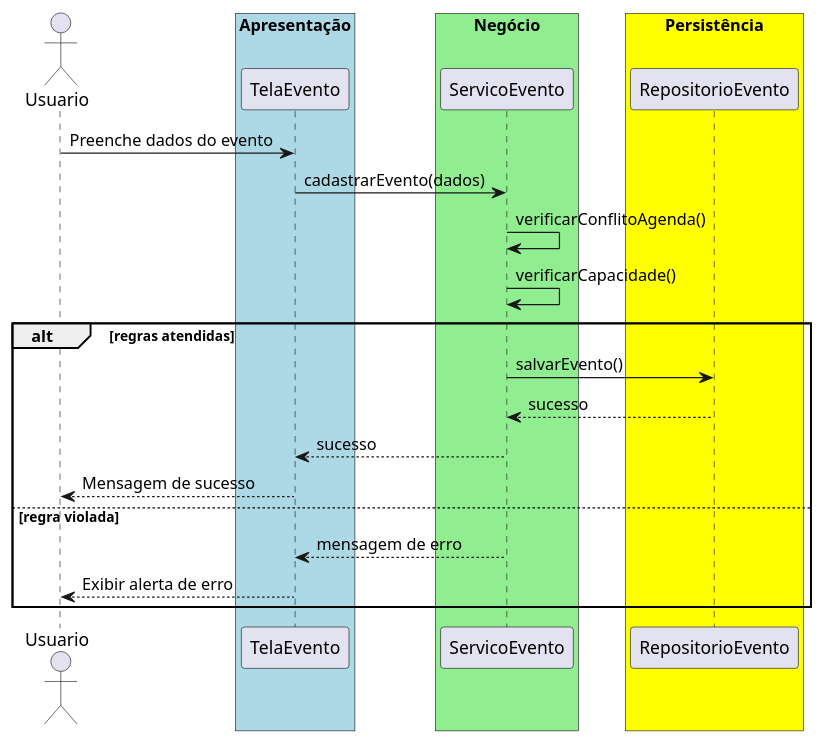
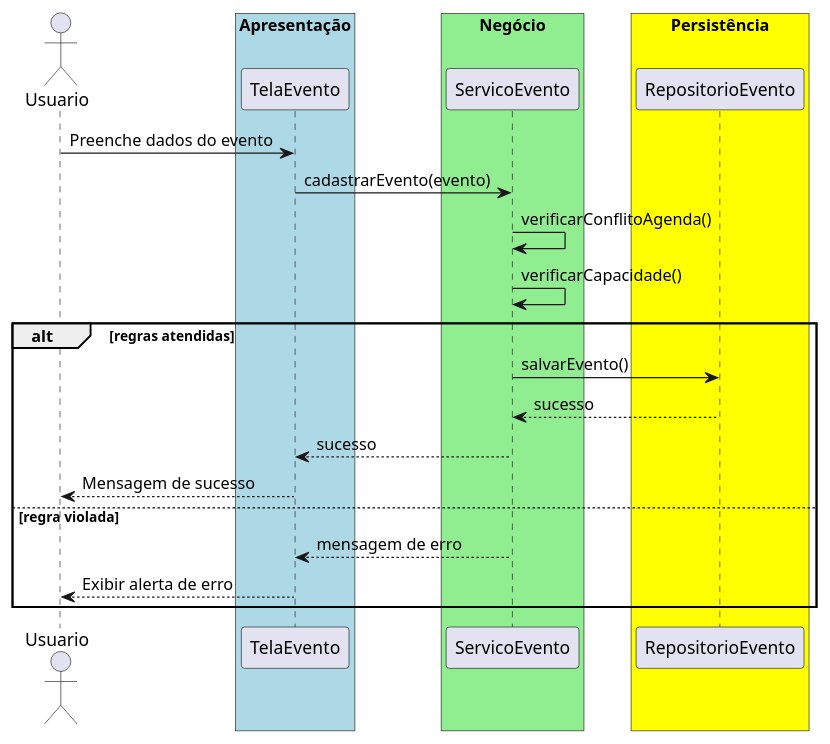
Before and after one commit to 20261-ifba-saj-ads-poo/blog: the diagram in src/trabalhos/Trabalho24.md, drawn with PlantUML. The commit also changed other lines of this file and 35 other files, not shown here.

````diff
--- a/src/trabalhos/Trabalho24.md
+++ b/src/trabalhos/Trabalho24.md
@@ -28,28 +28,28 @@
 ```plantuml{kroki=true}
 @startuml
 actor Usuario
 box "Apresentação" #lightblue
     participant TelaEvento
 end box
 box "Negócio" #lightgreen
     participant ServicoEvento
 end box
 box "Persistência" #yellow
     participant RepositorioEvento
 end box
 
 Usuario -> TelaEvento : Preenche dados do evento
-TelaEvento -> ServicoEvento : cadastrarEvento(dados)
+TelaEvento -> ServicoEvento : cadastrarEvento(evento)
 ServicoEvento -> ServicoEvento : verificarConflitoAgenda()
 ServicoEvento -> ServicoEvento : verificarCapacidade()
 alt regras atendidas
     ServicoEvento -> RepositorioEvento : salvarEvento()
     RepositorioEvento --> ServicoEvento : sucesso
     ServicoEvento --> TelaEvento : sucesso
     TelaEvento --> Usuario : Mensagem de sucesso
 else regra violada
     ServicoEvento --> TelaEvento : mensagem de erro
     TelaEvento --> Usuario : Exibir alerta de erro
 end
 @enduml
 ```
````
